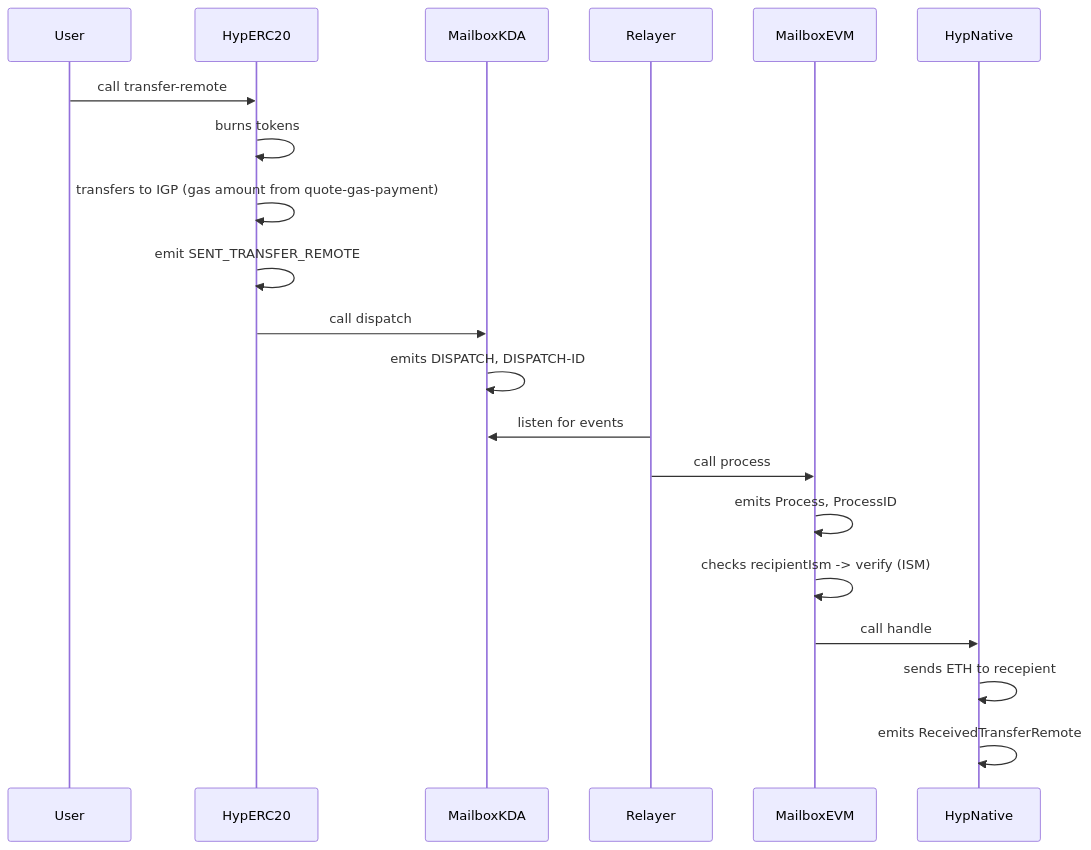
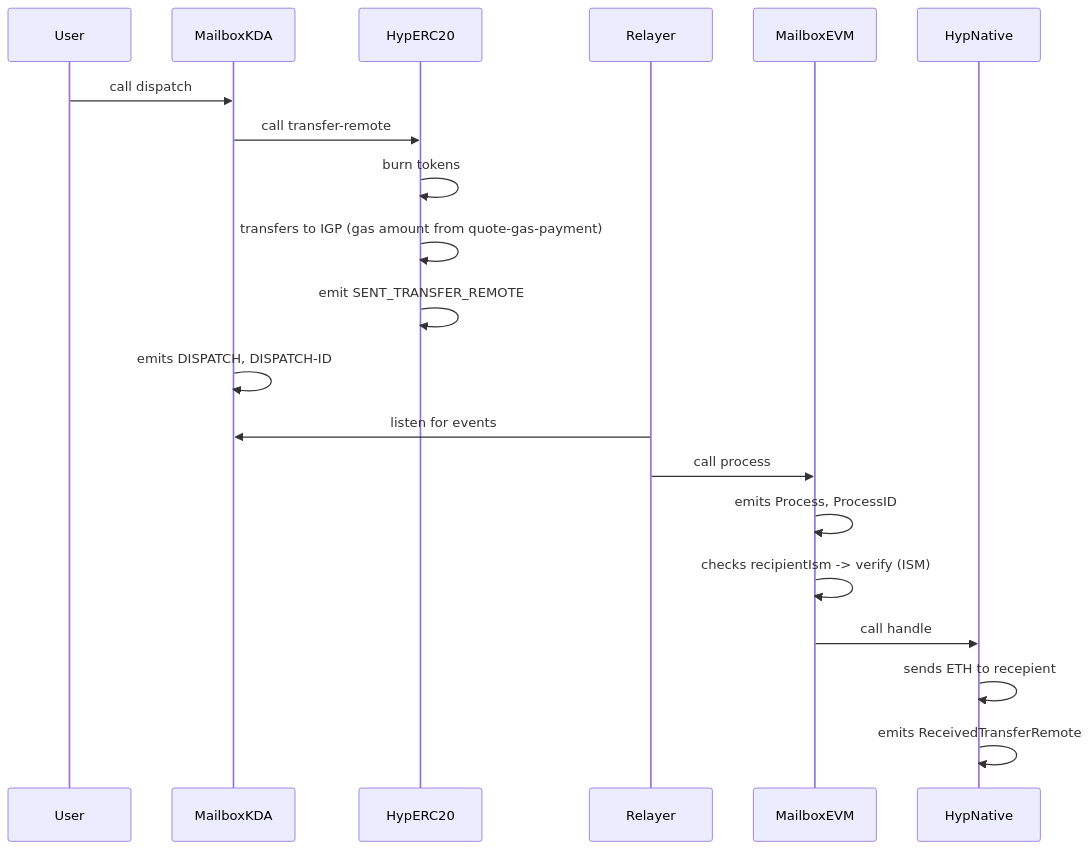
Before and after one commit to RastkoDev/smart-contracts: the fifth of 8 diagrams in docs/bridge-flow.md, drawn with Mermaid. The commit also changed other lines of this file, not shown here.

````diff
--- a/docs/bridge-flow.md
+++ b/docs/bridge-flow.md
@@ -124,24 +125,24 @@
 ```mermaid
 sequenceDiagram
     participant User
+    participant MailboxKDA as MailboxKDA
     participant HypERC20KDA as HypERC20
-    participant MailboxKDA as MailboxKDA
     participant Relayer
     participant MailboxETH as MailboxEVM
     participant HypNative as HypNative
 
-    User->>HypERC20KDA: call transfer-remote
-    HypERC20KDA->>HypERC20KDA: burns tokens
+    User->>MailboxKDA: call dispatch
+    MailboxKDA->>HypERC20KDA: call transfer-remote
+    HypERC20KDA->>HypERC20KDA: burn tokens
     HypERC20KDA->>HypERC20KDA: transfers to IGP (gas amount from quote-gas-payment)
     HypERC20KDA->>HypERC20KDA: emit SENT_TRANSFER_REMOTE
 
-    HypERC20KDA->>MailboxKDA: call dispatch
     MailboxKDA->>MailboxKDA: emits DISPATCH, DISPATCH-ID
     Relayer->>MailboxKDA: listen for events
     Relayer->>MailboxETH: call process
     MailboxETH->>MailboxETH: emits Process, ProcessID
     MailboxETH->>MailboxETH: checks recipientIsm -> verify (ISM)
     MailboxETH->>HypNative: call handle
     HypNative->>HypNative: sends ETH to recepient
     HypNative->>HypNative: emits ReceivedTransferRemote
 ```
````
